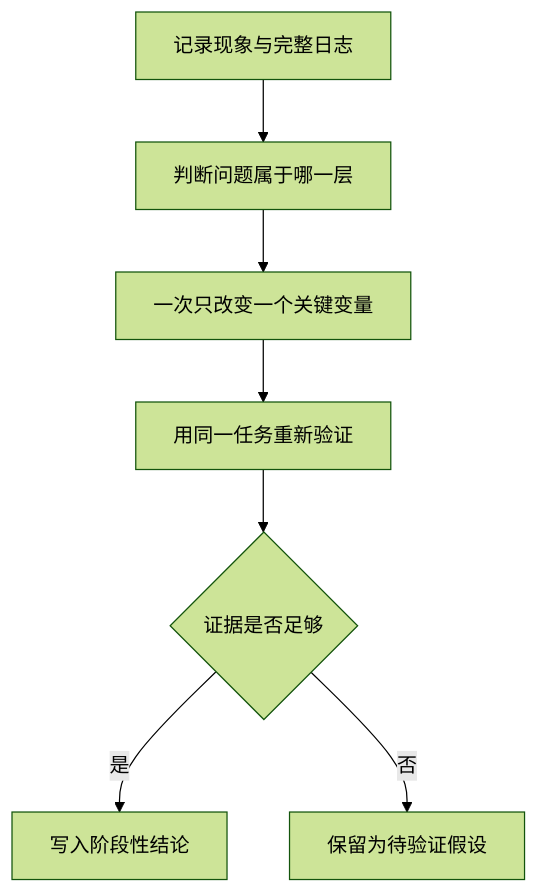
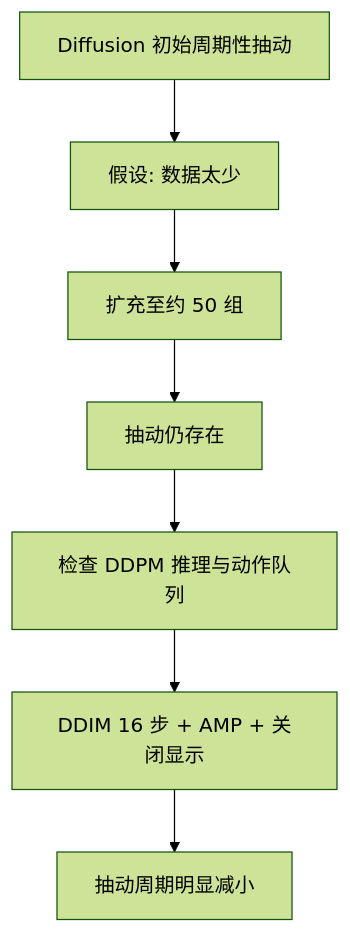
The diagram in README.md (Zeil6/lerobot-so101-imitation-learning), drawn with Mermaid (forest theme) before and after one commit. The commit also changed other lines of this file, not shown here.

````diff
--- a/README.md
+++ b/README.md
@@ -51,9 +19,9 @@
 ```mermaid
 flowchart TD
-    A[记录现象与完整日志] --> B[判断问题属于哪一层]
-    B --> C[一次只改变一个关键变量]
-    C --> D[用同一任务重新验证]
-    D --> E{证据是否足够}
-    E -- 是 --> F[写入阶段性结论]
-    E -- 否 --> G[保留为待验证假设]
+    A[Diffusion 初始周期性抽动] --> B[假设: 数据太少]
+    B --> C[扩充至约 50 组]
+    C --> D[抽动仍存在]
+    D --> E[检查 DDPM 推理与动作队列]
+    E --> F[DDIM 16 步 + AMP + 关闭显示]
+    F --> G[抽动周期明显减小]
 ```
````
